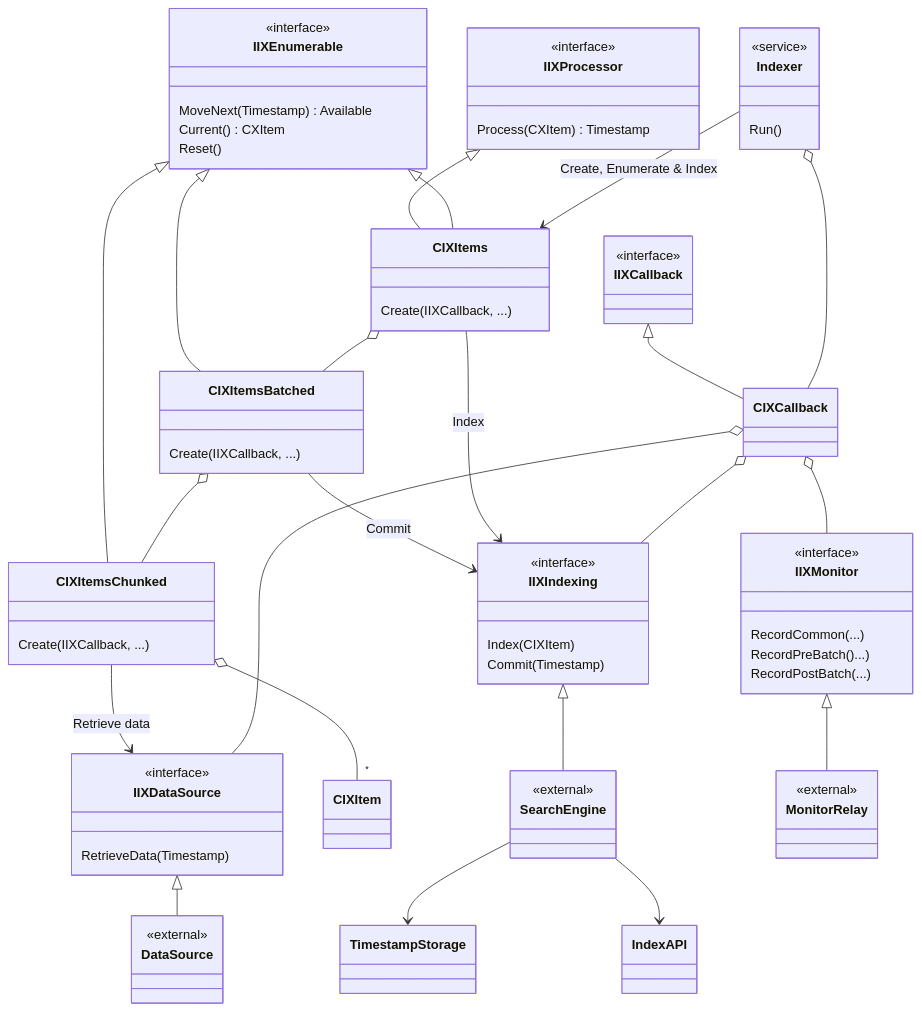
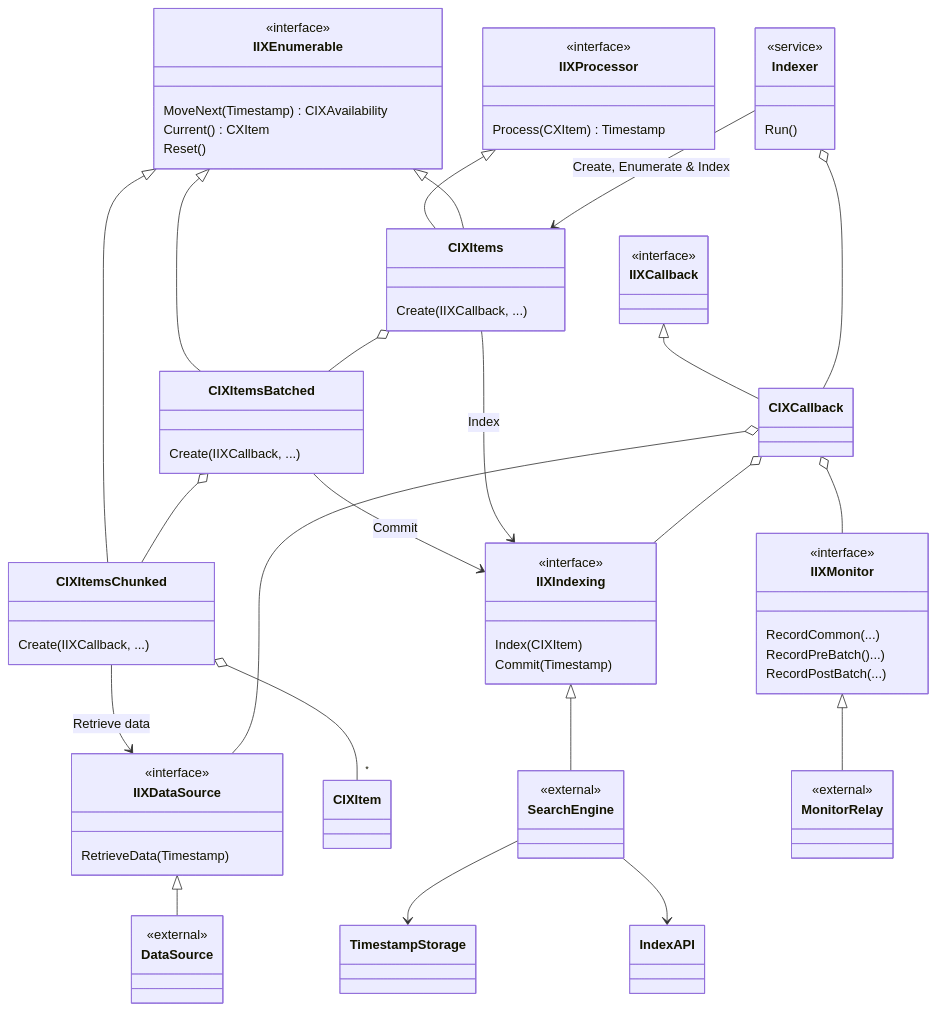
Before and after one commit to lightcaurby/Code-IXSample: the diagram in README.md, drawn with Mermaid. The commit also changed 1 other file, not shown here.

Commit message:
Refactoring a bit.

````diff
--- a/README.md
+++ b/README.md
@@ -1,82 +1,82 @@
 ```mermaid
 classDiagram
 
 class IIXEnumerable
 <<interface>> IIXEnumerable
-IIXEnumerable : MoveNext( Timestamp ) Available
+IIXEnumerable : MoveNext( Timestamp ) CIXAvailability
 IIXEnumerable : Current() CXItem
 IIXEnumerable : Reset()
 
 class IIXProcessor
 <<interface>> IIXProcessor
 IIXProcessor : Process( CXItem) Timestamp
 
 class IIXDataSource
 <<interface>> IIXDataSource
 IIXDataSource : RetrieveData(Timestamp) 
 
 class IIXCallback
 <<interface>> IIXCallback
 
 IIXProcessor <|-- CIXItems
 IIXEnumerable <|-- CIXItems
 IIXEnumerable <|-- CIXItemsBatched
 IIXEnumerable <|-- CIXItemsChunked
 
 CIXItems o-- CIXItemsBatched
 CIXItemsBatched o-- CIXItemsChunked
 CIXItemsChunked o-- "*" CIXItem
 
 CIXItems : Create( IIXCallback, ...)
 CIXItemsBatched : Create( IIXCallback, ...)
 CIXItemsChunked : Create( IIXCallback, ...)
 
 class DataSource
 <<external>> DataSource
 IIXDataSource <|-- DataSource
 
 
 class IIXIndexing 
 <<interface>> IIXIndexing
 IIXIndexing : Index(CIXItem)
 IIXIndexing : Commit(Timestamp)
 
 class SearchEngine
 <<external>> SearchEngine
 IIXIndexing <|-- SearchEngine
 
 SearchEngine --> TimestampStorage
 SearchEngine --> Index API
 
 class IIXMonitor
 <<interface>> IIXMonitor
 IIXMonitor : RecordCommon(...)
 IIXMonitor : RecordPreBatch()...)
 IIXMonitor : RecordPostBatch(...)
 
 class MonitorRelay
 <<external>> MonitorRelay
 IIXMonitor <|-- MonitorRelay
 
 CIXItemsChunked --> IIXDataSource : Retrieve data
 CIXItemsBatched --> IIXIndexing : Commit
 CIXItems --> IIXIndexing : Index
 
 IIXCallback <|-- CIXCallback
 CIXCallback o-- IIXDataSource
 CIXCallback o-- IIXIndexing
 CIXCallback o-- IIXMonitor
 
 %%CIXItems o-- IIXCallback
 %%CIXItemsBatched o-- IIXCallback
 %%CIXItemsChunked o-- IIXCallback
 
 class Indexer
 <<service>> Indexer
 
 Indexer --> CIXItems : Create, Enumerate & Index
 Indexer : Run()
 Indexer o-- CIXCallback
 
 
 ```
````
